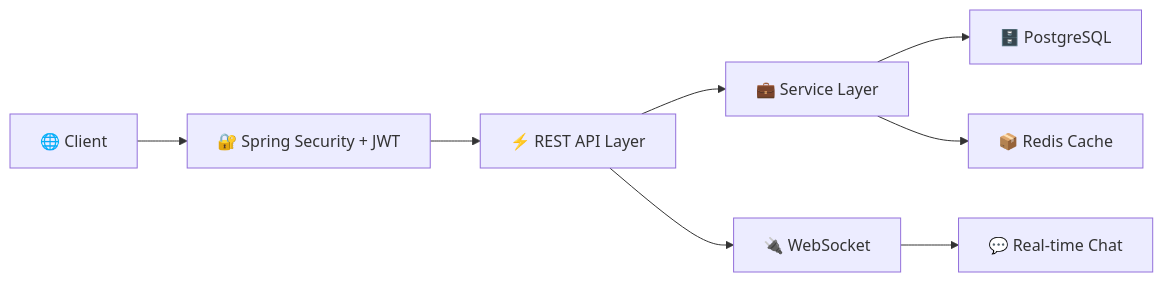
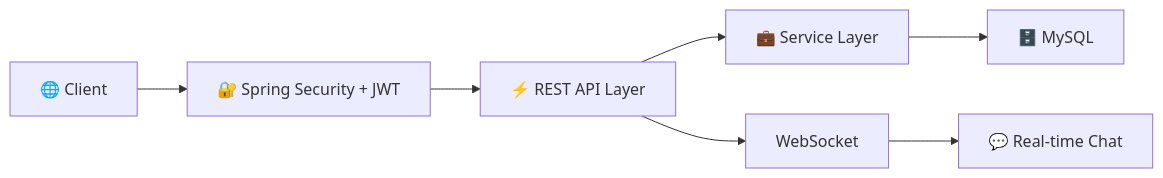
One commit to letriduc121121/ShoeShop changed the diagram in README.md. Above: the diagram before and after it, drawn with Mermaid. The commit also changed other lines of this file, not shown here.

````diff
--- a/README.md
+++ b/README.md
@@ -70,10 +68,9 @@
 ```mermaid
 graph LR
     A[🌐 Client] --> B[🔐 Spring Security + JWT]
     B --> C[⚡ REST API Layer]
     C --> D[💼 Service Layer]
-    D --> E[🗄️ PostgreSQL]
-    D --> F[📦 Redis Cache]
-    C --> G[🔌 WebSocket]
-    G --> H[💬 Real-time Chat]
+    D --> E[🗄️ MySQL]
+    C --> F[ WebSocket]
+    F --> G[💬 Real-time Chat]
 ```
````
